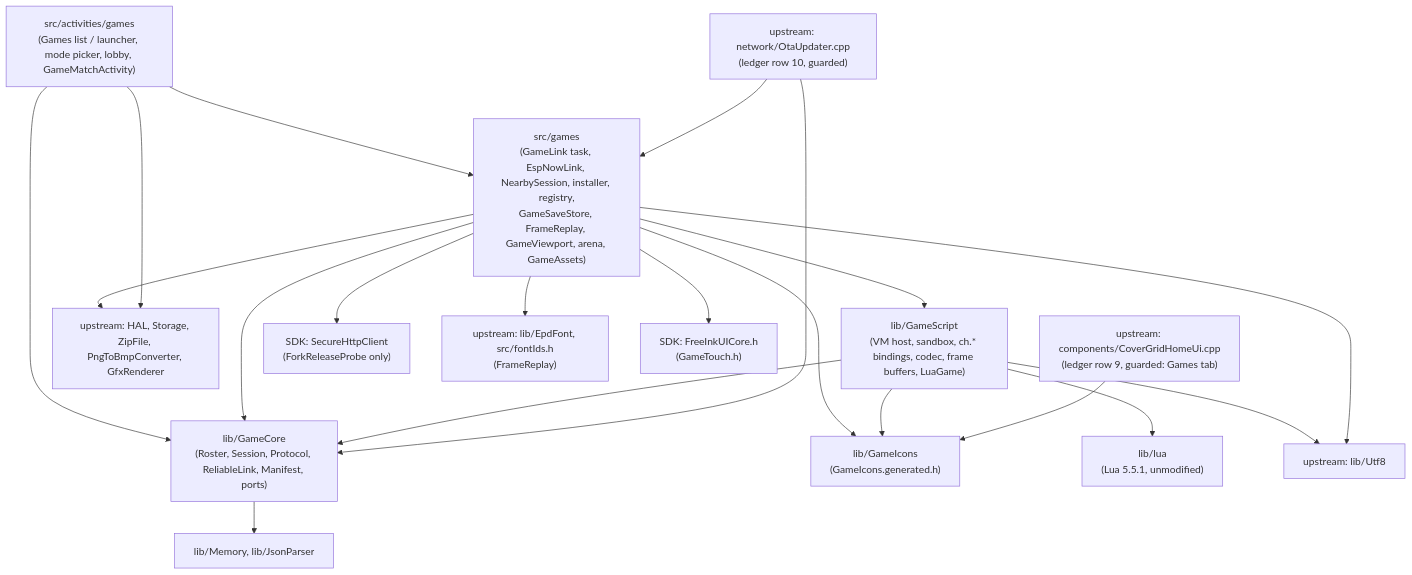
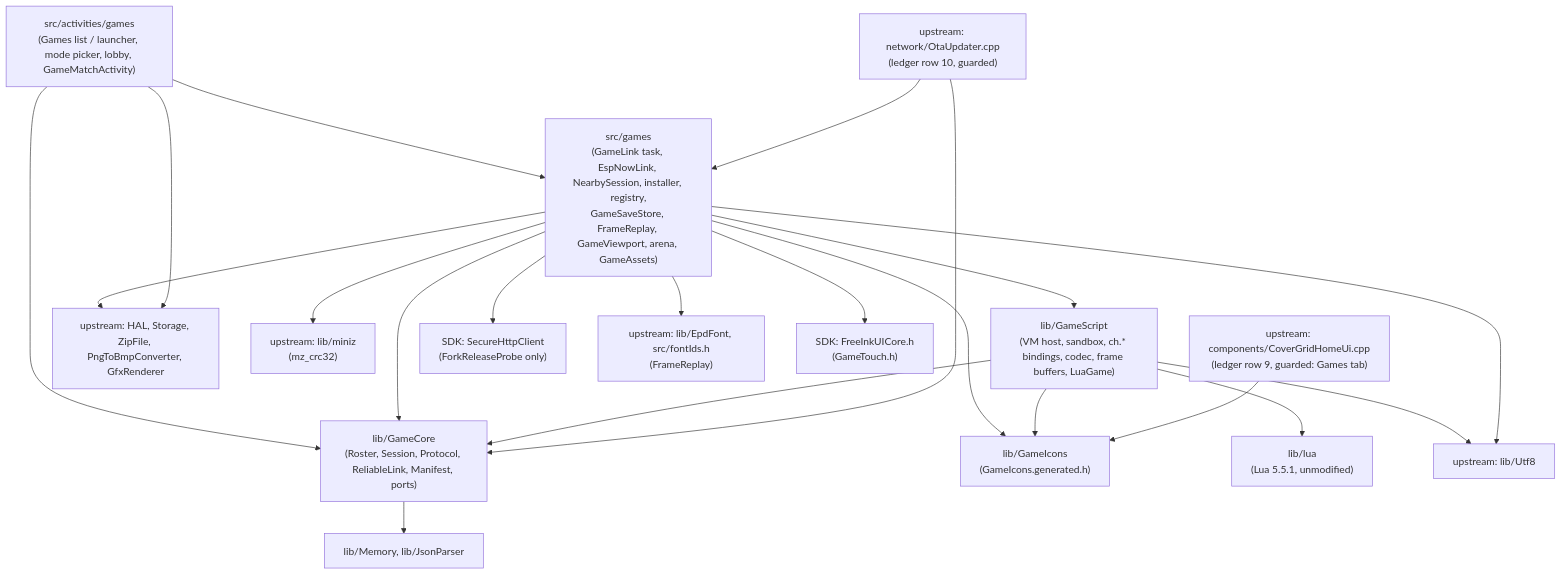
One commit to CarpeTelam/crosshatch-player changed the first of 4 diagrams in _bmad-output/planning-artifacts/architecture/architecture-crosshatch-player-2026-09-26/ARCHITECTURE-SPINE.md. Above: the diagram before and after it, drawn with Mermaid. The commit also changed other lines of this file and 24 other files, not shown here.

````diff
--- a/_bmad-output/planning-artifacts/architecture/architecture-crosshatch-player-2026-09-26/ARCHITECTURE-SPINE.md
+++ b/_bmad-output/planning-artifacts/architecture/architecture-crosshatch-player-2026-09-26/ARCHITECTURE-SPINE.md
@@ -46,24 +48,26 @@
 ```mermaid
 flowchart TD
   %% Amended 2026-09-28 (owner): the Games list, and the Utf8, EpdFont/fontIds.h, and FreeInkUICore.h edges (retro A1).
   ACT["src/activities/games<br/>(Games list / launcher, mode picker, lobby, GameMatchActivity)"] --> ADP["src/games<br/>(GameLink task, EspNowLink, NearbySession, installer, registry,<br/>GameSaveStore, FrameReplay, GameViewport, arena, GameAssets)"]
   ACT --> CORE["lib/GameCore<br/>(Roster, Session, Protocol, ReliableLink, Manifest, ports)"]
   ADP --> SCR["lib/GameScript<br/>(VM host, sandbox, ch.* bindings, codec, frame buffers, LuaGame)"]
   ADP --> CORE
   ADP --> ICO["lib/GameIcons<br/>(GameIcons.generated.h)"]
   SCR --> CORE
   SCR --> ICO
   SCR --> LUA["lib/lua<br/>(Lua 5.5.1, unmodified)"]
   CORE --> STD["lib/Memory, lib/JsonParser"]
   ADP --> HAL["upstream: HAL, Storage, ZipFile, PngToBmpConverter, GfxRenderer"]
+  %% Amended 2026-09-29 (epic-install-and-launcher entry 6): the installer's CRC check.
+  ADP --> MZ["upstream: lib/miniz<br/>(mz_crc32)"]
   ACT --> HAL
   OTA["upstream: network/OtaUpdater.cpp<br/>(ledger row 10, guarded)"] --> CORE
   OTA --> ADP
   %% Amended 2026-09-28 (owner): Home's cover-grid Games tab (ledger row 9).
   HOME["upstream: components/CoverGridHomeUi.cpp<br/>(ledger row 9, guarded: Games tab)"] --> ICO
   ADP --> HTTP["SDK: SecureHttpClient<br/>(ForkReleaseProbe only)"]
   SCR --> UTF["upstream: lib/Utf8"]
   ADP --> UTF
   ADP --> FNT["upstream: lib/EpdFont, src/fontIds.h<br/>(FrameReplay)"]
   ADP --> FUI["SDK: FreeInkUICore.h<br/>(GameTouch.h)"]
 ```
````
